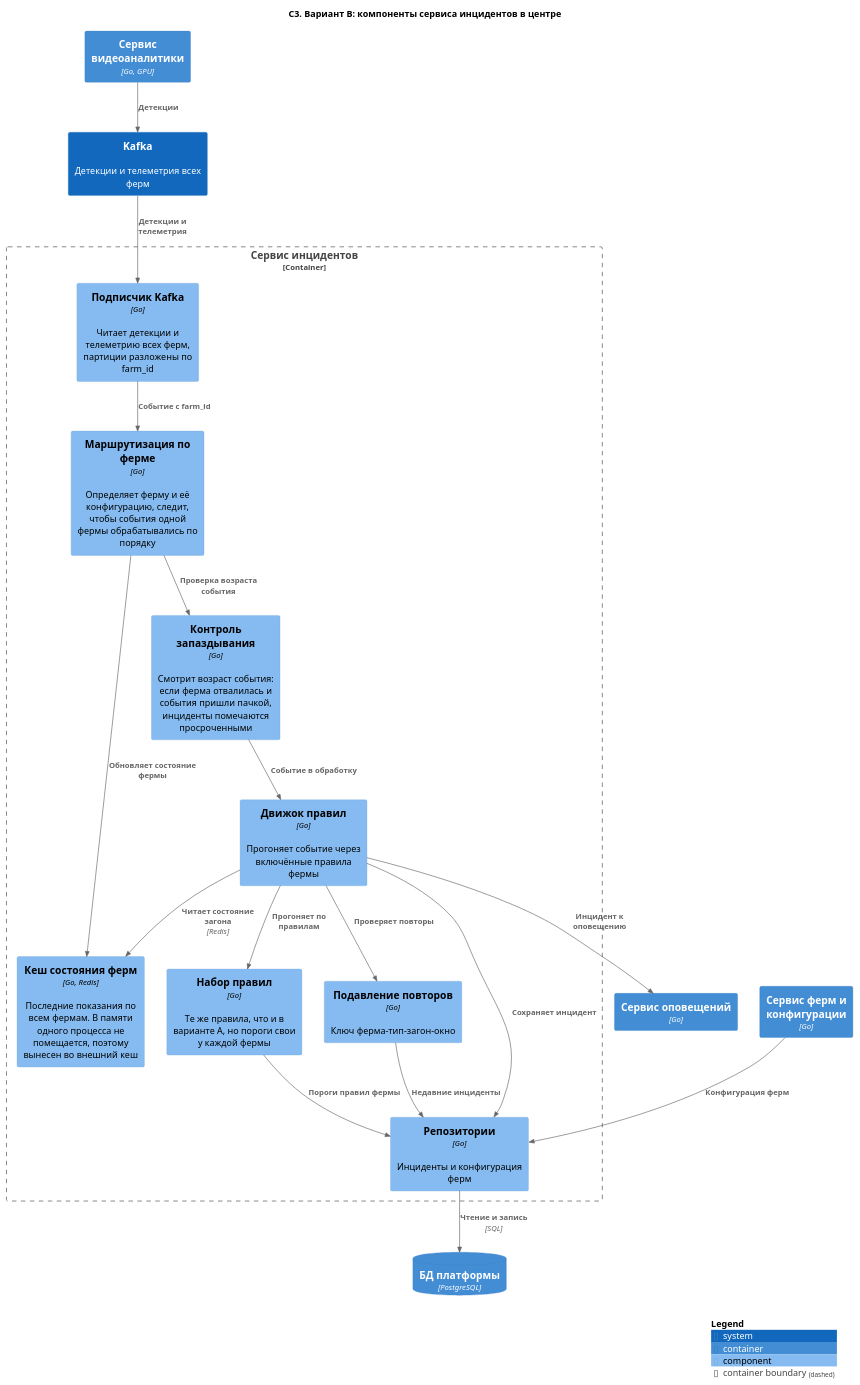
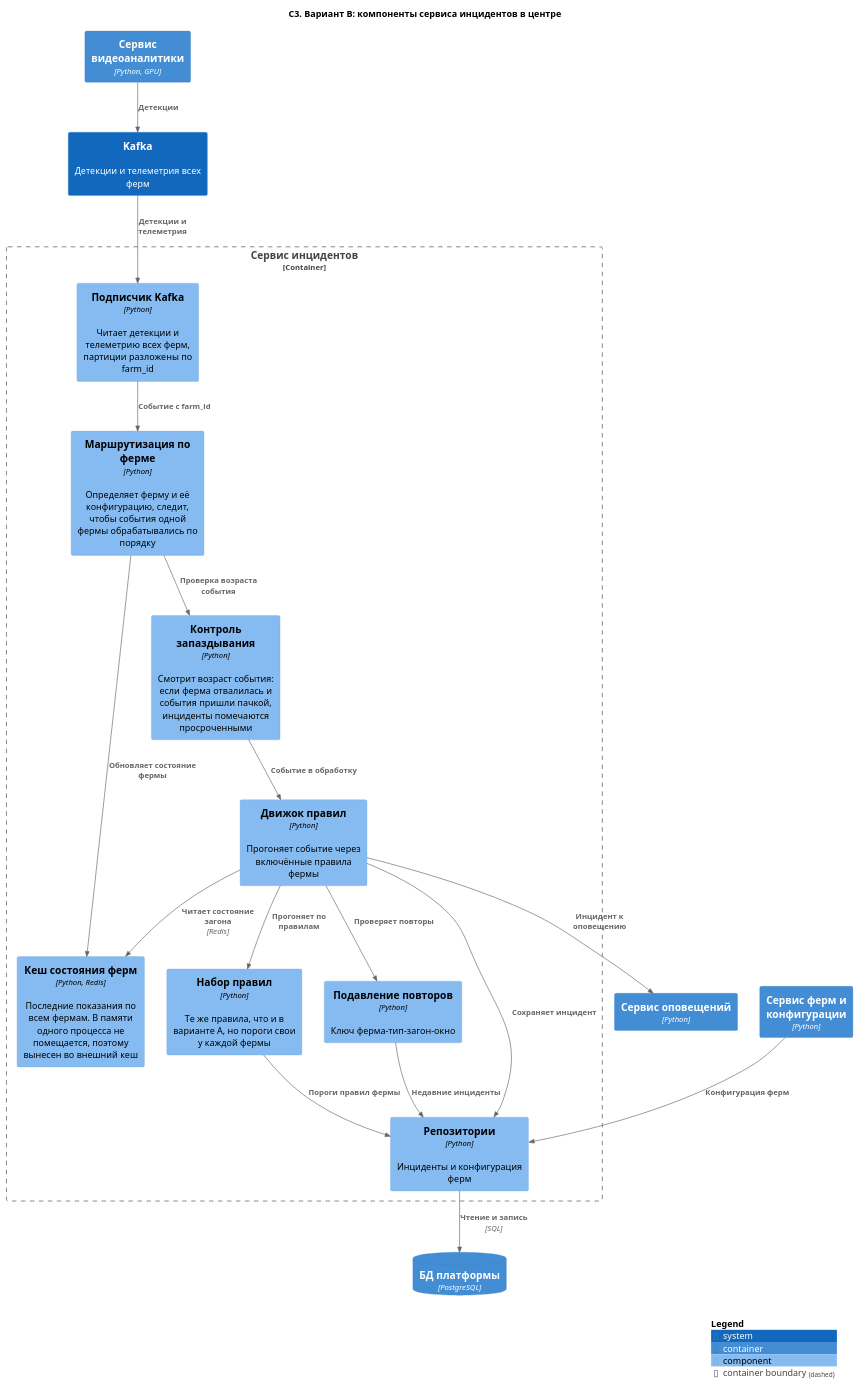
The diagram in Task3/C3-alternative.puml (FCTL3314/MSA-AgroTech), drawn with PlantUML before and after one commit. The commit also changed 24 other files, not shown here.

```diff
--- a/Task3/C3-alternative.puml
+++ b/Task3/C3-alternative.puml
@@ -1,40 +1,40 @@
 @startuml C3-alternative
 !include <C4/C4_Component>
 
 title C3. Вариант B: компоненты сервиса инцидентов в центре
 
-Container(video, "Сервис видеоаналитики", "Go, GPU")
+Container(video, "Сервис видеоаналитики", "Python, GPU")
 System(kafka, "Kafka", "Детекции и телеметрия всех ферм")
 ContainerDb(centraldb, "БД платформы", "PostgreSQL")
-Container(notify, "Сервис оповещений", "Go")
-Container(fleet, "Сервис ферм и конфигурации", "Go")
+Container(notify, "Сервис оповещений", "Python")
+Container(fleet, "Сервис ферм и конфигурации", "Python")
 
 Container_Boundary(incidents, "Сервис инцидентов") {
-  Component(consumer, "Подписчик Kafka", "Go", "Читает детекции и телеметрию всех ферм, партиции разложены по farm_id")
-  Component(router, "Маршрутизация по ферме", "Go", "Определяет ферму и её конфигурацию, следит, чтобы события одной фермы обрабатывались по порядку")
-  Component(state, "Кеш состояния ферм", "Go, Redis", "Последние показания по всем фермам. В памяти одного процесса не помещается, поэтому вынесен во внешний кеш")
-  Component(engine, "Движок правил", "Go", "Прогоняет событие через включённые правила фермы")
-  Component(rules, "Набор правил", "Go", "Те же правила, что и в варианте A, но пороги свои у каждой фермы")
-  Component(suppress, "Подавление повторов", "Go", "Ключ ферма-тип-загон-окно")
-  Component(repo, "Репозитории", "Go", "Инциденты и конфигурация ферм")
-  Component(lag, "Контроль запаздывания", "Go", "Смотрит возраст события: если ферма отвалилась и события пришли пачкой, инциденты помечаются просроченными")
+  Component(consumer, "Подписчик Kafka", "Python", "Читает детекции и телеметрию всех ферм, партиции разложены по farm_id")
+  Component(router, "Маршрутизация по ферме", "Python", "Определяет ферму и её конфигурацию, следит, чтобы события одной фермы обрабатывались по порядку")
+  Component(state, "Кеш состояния ферм", "Python, Redis", "Последние показания по всем фермам. В памяти одного процесса не помещается, поэтому вынесен во внешний кеш")
+  Component(engine, "Движок правил", "Python", "Прогоняет событие через включённые правила фермы")
+  Component(rules, "Набор правил", "Python", "Те же правила, что и в варианте A, но пороги свои у каждой фермы")
+  Component(suppress, "Подавление повторов", "Python", "Ключ ферма-тип-загон-окно")
+  Component(repo, "Репозитории", "Python", "Инциденты и конфигурация ферм")
+  Component(lag, "Контроль запаздывания", "Python", "Смотрит возраст события: если ферма отвалилась и события пришли пачкой, инциденты помечаются просроченными")
 }
 
 Rel(video, kafka, "Детекции")
 Rel(kafka, consumer, "Детекции и телеметрия")
 Rel(consumer, router, "Событие с farm_id")
 Rel(router, lag, "Проверка возраста события")
 Rel(router, state, "Обновляет состояние фермы")
 Rel(lag, engine, "Событие в обработку")
 Rel(engine, state, "Читает состояние загона", "Redis")
 Rel(engine, rules, "Прогоняет по правилам")
 Rel(rules, repo, "Пороги правил фермы")
 Rel(engine, suppress, "Проверяет повторы")
 Rel(suppress, repo, "Недавние инциденты")
 Rel(engine, repo, "Сохраняет инцидент")
 Rel(engine, notify, "Инцидент к оповещению")
 Rel(repo, centraldb, "Чтение и запись", "SQL")
 Rel(fleet, repo, "Конфигурация ферм")
 
 SHOW_LEGEND()
 @enduml
```
